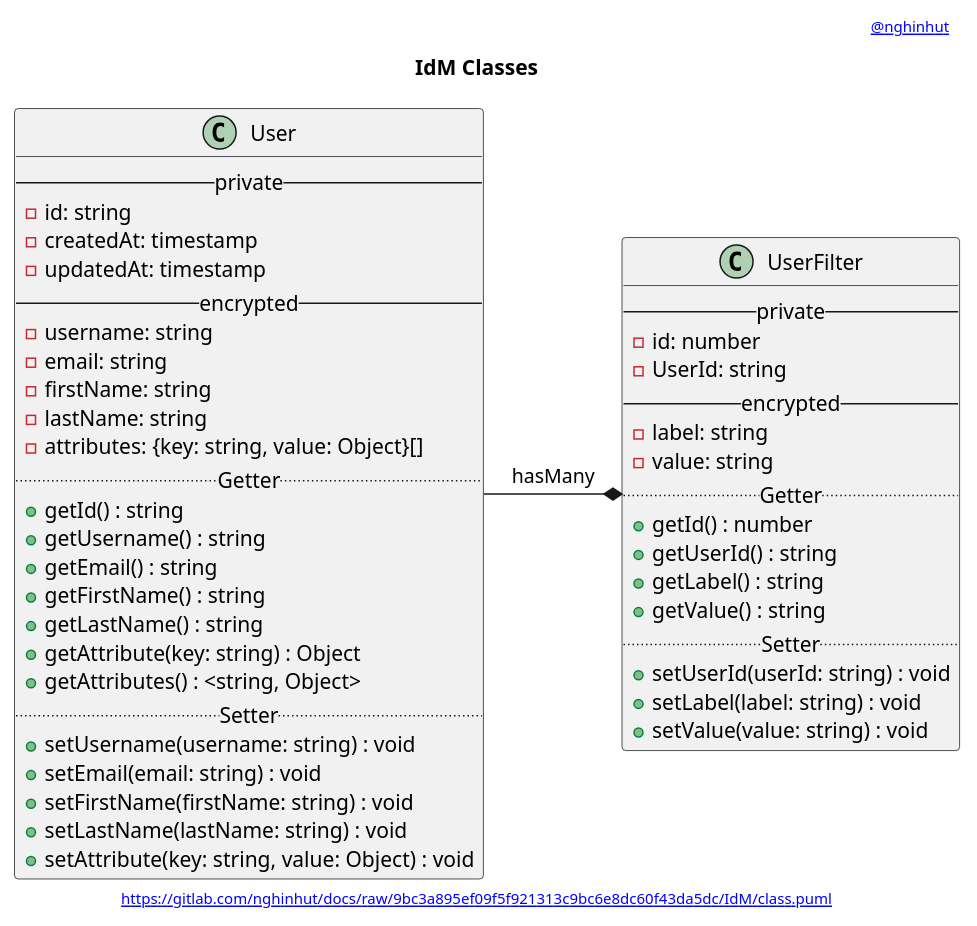
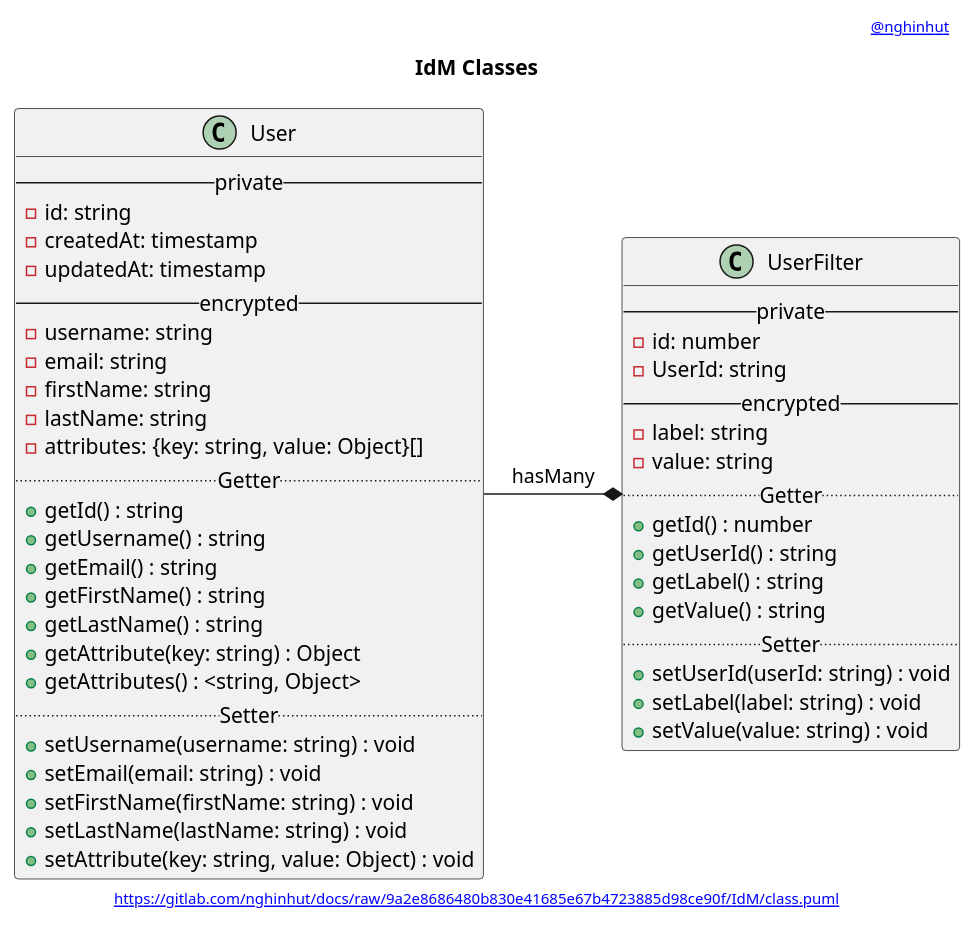
One commit to nghinhut/docs changed the diagram in IdM/class.puml. Above: the diagram before and after it, drawn with PlantUML. The commit also changed 17 other files, not shown here.

Commit message:
Update diagrams

```diff
--- a/IdM/class.puml
+++ b/IdM/class.puml
@@ -1,56 +1,56 @@
 @startuml
 '-----START auto generated metadata please keep comment here to allow auto update-----
 '-----DON'T EDIT THIS SECTION, INSTEAD RE-RUN prebuild.sh TO UPDATE-----
 header [[mailto:nghinhut@gmail.com @nghinhut]]
-footer [[https://gitlab.com/nghinhut/docs/raw/9bc3a895ef09f5f921313c9bc6e8dc60f43da5dc/IdM/class.puml]]
+footer [[https://gitlab.com/nghinhut/docs/raw/9a2e8686480b830e41685e67b4723885d98ce90f/IdM/class.puml]]
 '-----END auto generated metadata please keep comment here to allow auto update-----
 title IdM Classes
 
 class "User" as user {
     -- private --
     - id: string
     - createdAt: timestamp
     - updatedAt: timestamp
     -- encrypted --
     - username: string
     - email: string
     - firstName: string
     - lastName: string
     - attributes: {key: string, value: Object}[]
     .. Getter ..
     + getId() : string
     + getUsername() : string
     + getEmail() : string
     + getFirstName() : string
     + getLastName() : string
     + getAttribute(key: string) : Object
     + getAttributes() : <string, Object>
     .. Setter ..
     + setUsername(username: string) : void
     + setEmail(email: string) : void
     + setFirstName(firstName: string) : void
     + setLastName(lastName: string) : void
     + setAttribute(key: string, value: Object) : void
 }
 
 class "UserFilter" as user_filter {
     -- private --
     - id: number
     - UserId: string
     -- encrypted --
     - label: string
     - value: string
     .. Getter ..
     + getId() : number
     + getUserId() : string
     + getLabel() : string
     + getValue() : string
     .. Setter ..
     + setUserId(userId: string) : void
     + setLabel(label: string) : void
     + setValue(value: string) : void
 }
 
 user -* user_filter : hasMany
 
 @enduml
```
